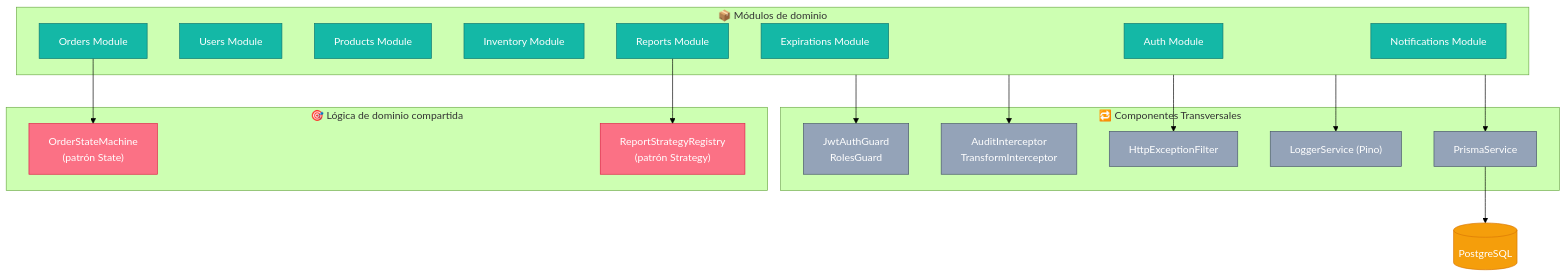
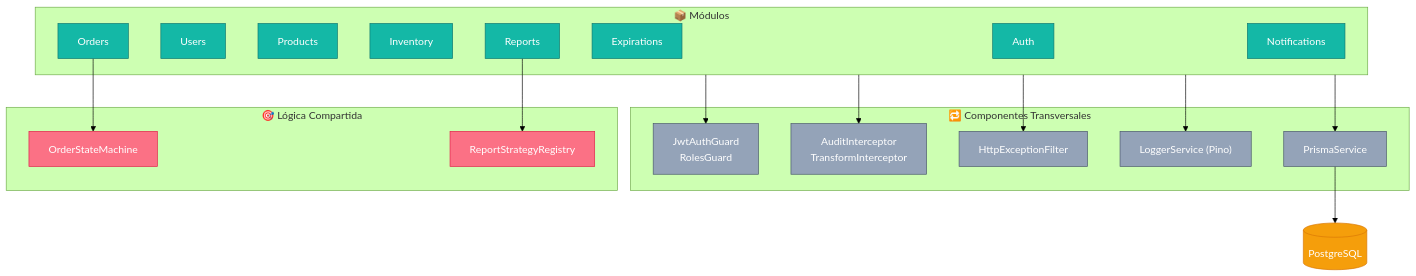
One commit to SEBBAS-5pg/Home-Health changed the third of 3 diagrams in docs/03-arquitectura/diagramas-C4.md. Above: the diagram before and after it, drawn with Mermaid (forest theme). The commit also changed other lines of this file and 11 other files, not shown here.

Commit message:
docs: update deployment architecture to AWS EC2

````diff
--- a/docs/03-arquitectura/diagramas-C4.md
+++ b/docs/03-arquitectura/diagramas-C4.md
@@ -201,46 +194,50 @@
 ```mermaid
 flowchart TB
+
     subgraph CrossCutting["🔁 Componentes Transversales"]
         Guards["JwtAuthGuard<br/>RolesGuard"]
         Interceptors["AuditInterceptor<br/>TransformInterceptor"]
         Filters["HttpExceptionFilter"]
         Logger["LoggerService (Pino)"]
         Prisma["PrismaService"]
     end
 
-    subgraph Modules["📦 Módulos de dominio"]
-        Auth["Auth Module"]
-        Users["Users Module"]
-        Products["Products Module"]
-        Inventory["Inventory Module"]
-        Orders["Orders Module"]
-        Expirations["Expirations Module"]
-        Reports["Reports Module"]
-        Notifications["Notifications Module"]
+    subgraph Modules["📦 Módulos"]
+        Auth["Auth"]
+        Users["Users"]
+        Products["Products"]
+        Inventory["Inventory"]
+        Orders["Orders"]
+        Expirations["Expirations"]
+        Reports["Reports"]
+        Notifications["Notifications"]
     end
 
-    subgraph DomainLogic["🎯 Lógica de dominio compartida"]
-        StateMachine["OrderStateMachine<br/>(patrón State)"]
-        Strategies["ReportStrategyRegistry<br/>(patrón Strategy)"]
+    subgraph DomainLogic["🎯 Lógica Compartida"]
+        StateMachine["OrderStateMachine"]
+        Strategies["ReportStrategyRegistry"]
     end
 
     DB[("PostgreSQL")]
 
     Modules --> Guards
     Modules --> Interceptors
     Modules --> Filters
     Modules --> Logger
     Modules --> Prisma
+
     Orders --> StateMachine
     Reports --> Strategies
+
     Prisma --> DB
 
     classDef cross fill:#94A3B8,stroke:#475569,color:#fff
     classDef module fill:#14B8A6,stroke:#0F766E,color:#fff
     classDef domain fill:#FB7185,stroke:#E11D48,color:#fff
     classDef db fill:#F59E0B,stroke:#D97706,color:#fff
+
     class Guards,Interceptors,Filters,Logger,Prisma cross
     class Auth,Users,Products,Inventory,Orders,Expirations,Reports,Notifications module
     class StateMachine,Strategies domain
     class DB db
 ```
````
